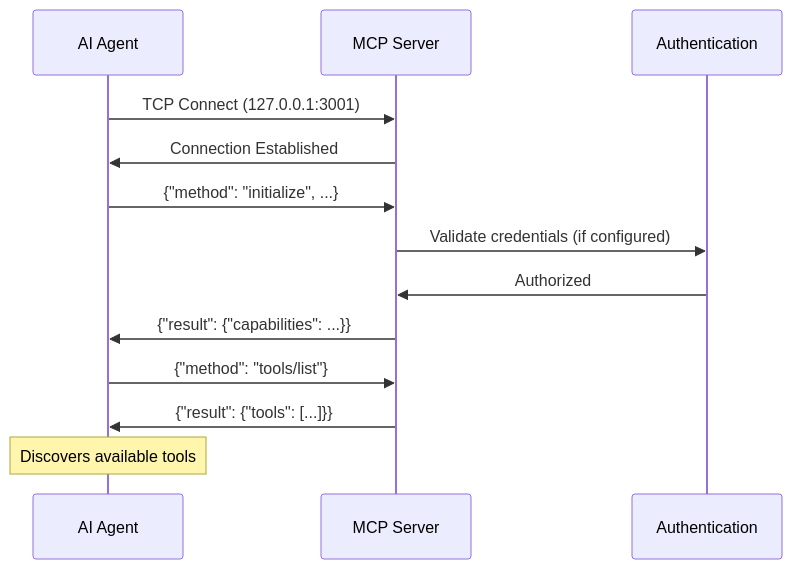
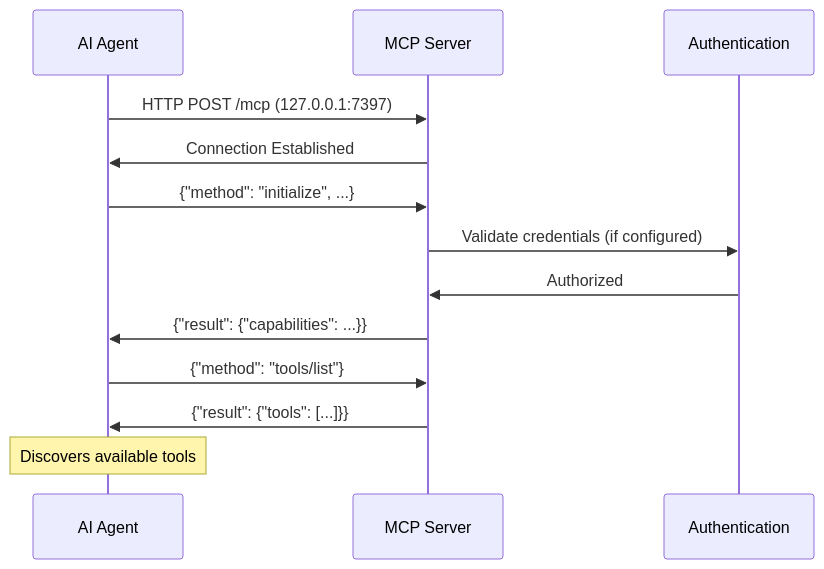
One commit to sw-game-dev/game-mcp-poc changed the seventh of 16 diagrams in wiki/Data-Flow.md. Above: the diagram before and after it, drawn with Mermaid. The commit also changed 2 other files, not shown here.

Commit message:
fix: Update wiki port references from 3000/3001 to 7397
Update all wiki documentation to reflect the unified server
architecture running on port 7397:
- Backend-Architecture.md: Update example code port
- Data-Flow.md: Update MCP connection diagram
- MCP-Integration.md: Update server binding example

All references now correctly point to port 7397, matching
the actual implementation and other documentation.

🤖 Generated with [Claude Code](https://claude.com/claude-code)

````diff
--- a/wiki/Data-Flow.md
+++ b/wiki/Data-Flow.md
@@ -226,18 +226,18 @@
 ```mermaid
 sequenceDiagram
     participant Agent as AI Agent
     participant MCP as MCP Server
     participant Auth as Authentication
 
-    Agent->>MCP: TCP Connect (127.0.0.1:3001)
+    Agent->>MCP: HTTP POST /mcp (127.0.0.1:7397)
     MCP->>Agent: Connection Established
 
     Agent->>MCP: {"method": "initialize", ...}
     MCP->>Auth: Validate credentials (if configured)
     Auth->>MCP: Authorized
     MCP->>Agent: {"result": {"capabilities": ...}}
 
     Agent->>MCP: {"method": "tools/list"}
     MCP->>Agent: {"result": {"tools": [...]}}
     Note over Agent: Discovers available tools
 ```
````
